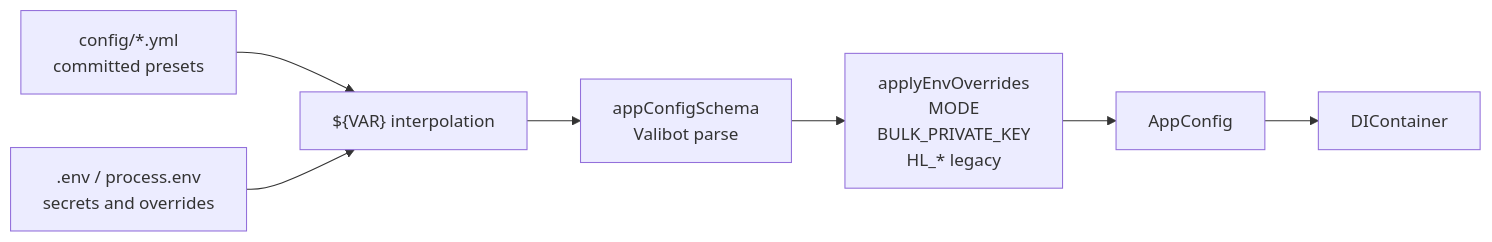
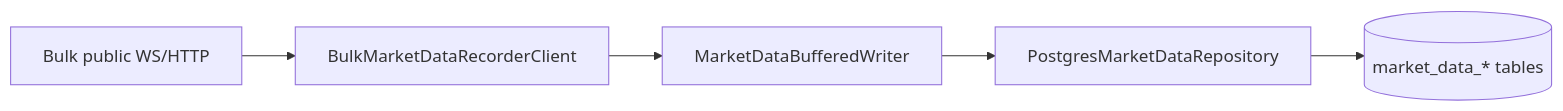
The second of 5 diagrams in docs/ARCHITECTURE.md (posaune0423/simple-mm-bot), drawn with Mermaid before and after one commit. The commit also changed other lines of this file and 81 other files, not shown here.

Commit message:
feat: add Timescale market data recorder

````diff
--- a/docs/ARCHITECTURE.md
+++ b/docs/ARCHITECTURE.md
@@ -517,14 +23,7 @@
 ```mermaid
 flowchart LR
-    ConfigFile["config/*.yml\ncommitted presets"]
-    EnvFile[".env / process.env\nsecrets and overrides"]
-    Interp["${VAR} interpolation"]
-    Valibot["appConfigSchema\nValibot parse"]
-    Override["applyEnvOverrides\nMODE\nBULK_PRIVATE_KEY\nHL_* legacy"]
-    AppConfig["AppConfig"]
-    DI["DIContainer"]
-
-    ConfigFile --> Interp
-    EnvFile --> Interp
-    Interp --> Valibot --> Override --> AppConfig --> DI
+    BulkWS["Bulk public WS/HTTP"] --> Client["BulkMarketDataRecorderClient"]
+    Client --> Writer["MarketDataBufferedWriter"]
+    Writer --> Repo["PostgresMarketDataRepository"]
+    Repo --> MarketTables[("market_data_* tables")]
 ```
````
